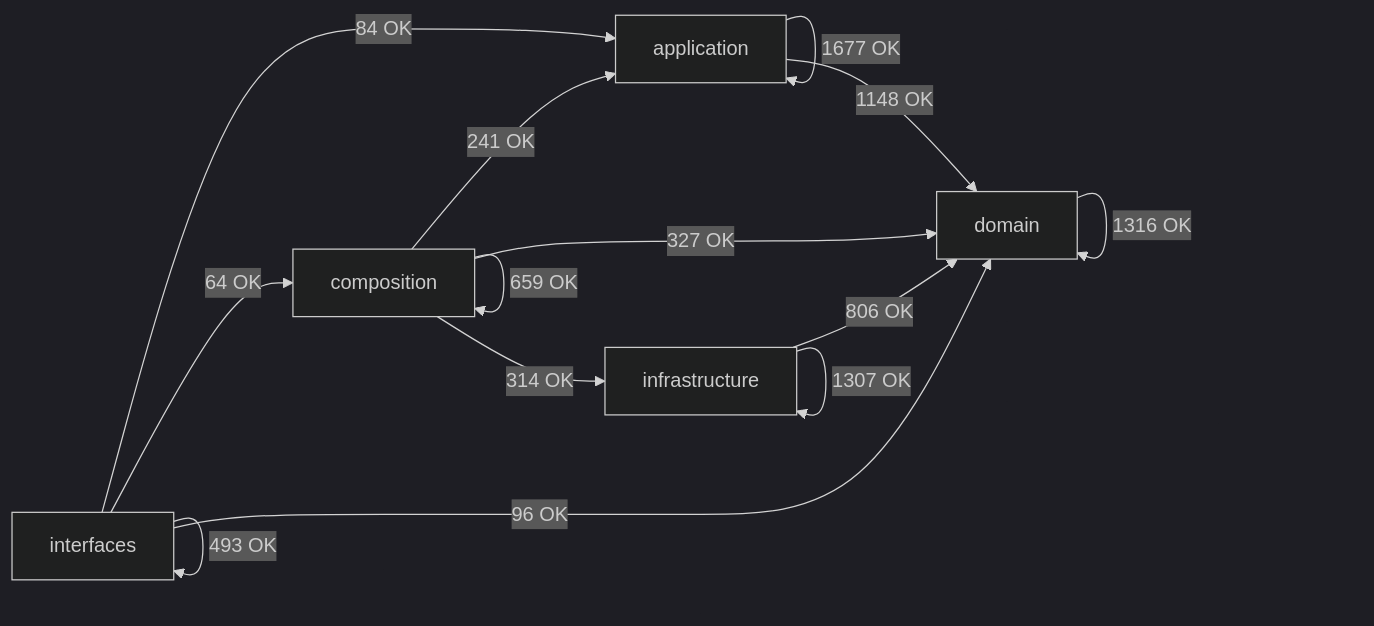
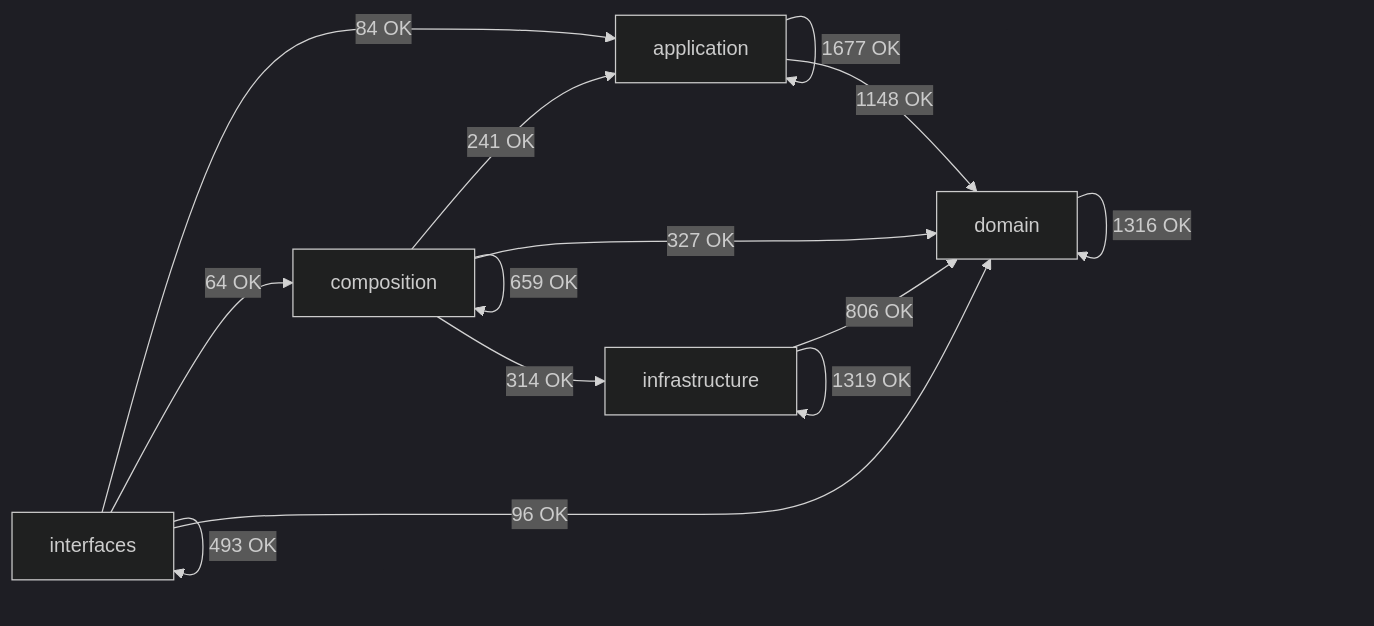
One commit to SatoryKono/BioactivityDataAcquisition changed the diagram in docs/02-architecture/generated/module-dependency-map.md. Above: the diagram before and after it, drawn with Mermaid (dark theme). The commit also changed other lines of this file and 29 other files, not shown here.

````diff
--- a/docs/02-architecture/generated/module-dependency-map.md
+++ b/docs/02-architecture/generated/module-dependency-map.md
@@ -17,21 +17,21 @@
 ```mermaid
 flowchart LR
     domain[domain]
     application[application]
     infrastructure[infrastructure]
     composition[composition]
     interfaces[interfaces]
     application -->|1677 OK| application
     application -->|1148 OK| domain
     composition -->|241 OK| application
     composition -->|659 OK| composition
     composition -->|327 OK| domain
     composition -->|314 OK| infrastructure
     domain -->|1316 OK| domain
     infrastructure -->|806 OK| domain
-    infrastructure -->|1307 OK| infrastructure
+    infrastructure -->|1319 OK| infrastructure
     interfaces -->|84 OK| application
     interfaces -->|64 OK| composition
     interfaces -->|96 OK| domain
     interfaces -->|493 OK| interfaces
 ```
````
